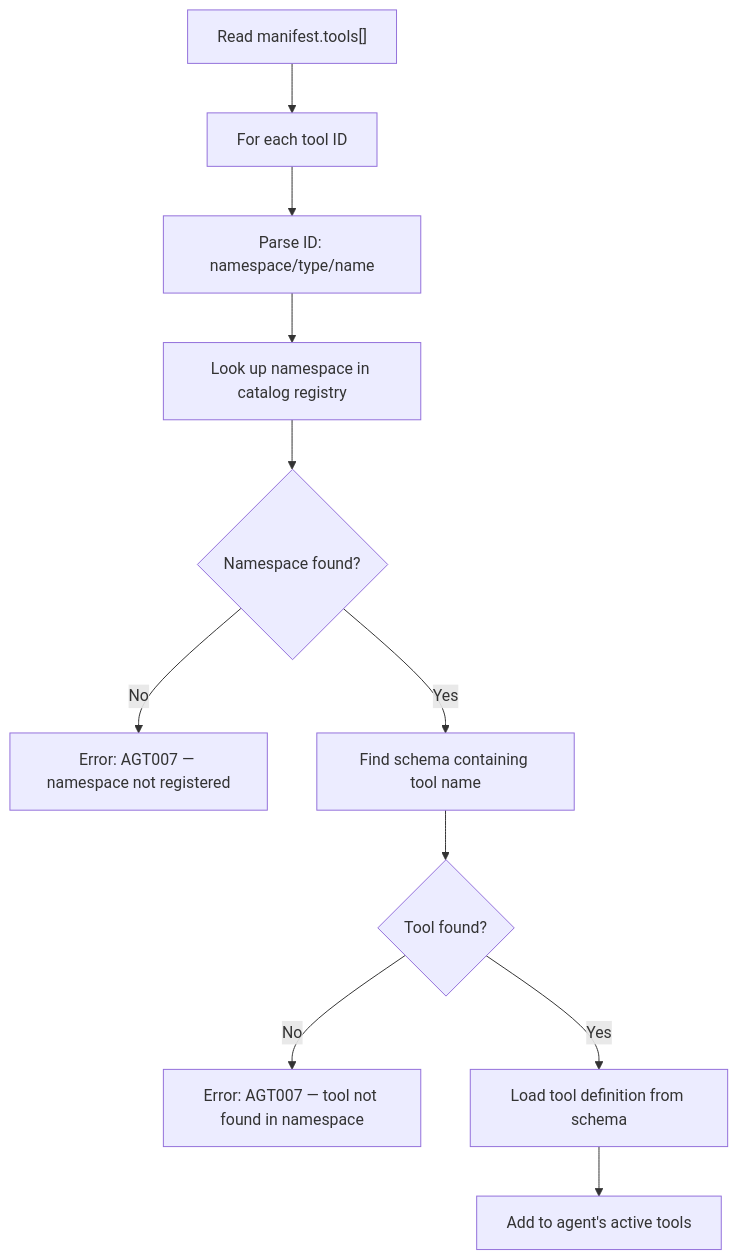
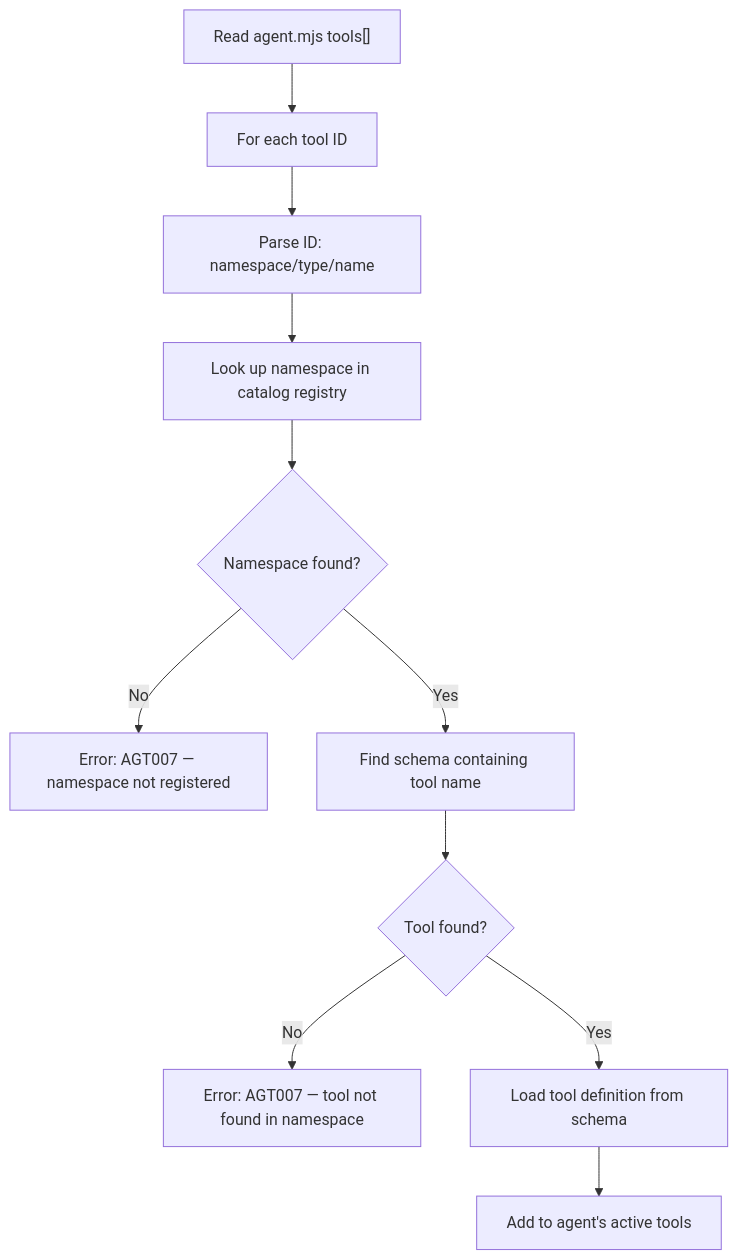
The second of 6 diagrams in spec/v3.0.0/06-agents.md (FlowMCP/flowmcp-spec), drawn with Mermaid before and after one commit. The commit also changed other lines of this file and 9 other files, not shown here.

````diff
--- a/spec/v3.0.0/06-agents.md
+++ b/spec/v3.0.0/06-agents.md
@@ -209,13 +279,13 @@
 ```mermaid
 flowchart TD
-    A["Read manifest.tools[]"] --> B["For each tool ID"]
+    A["Read agent.mjs tools[]"] --> B["For each tool ID"]
     B --> C["Parse ID: namespace/type/name"]
     C --> D["Look up namespace in catalog registry"]
     D --> E{Namespace found?}
     E -->|No| F["Error: AGT007 — namespace not registered"]
     E -->|Yes| G["Find schema containing tool name"]
     G --> H{Tool found?}
     H -->|No| I["Error: AGT007 — tool not found in namespace"]
     H -->|Yes| J["Load tool definition from schema"]
     J --> K["Add to agent's active tools"]
 ```
````
